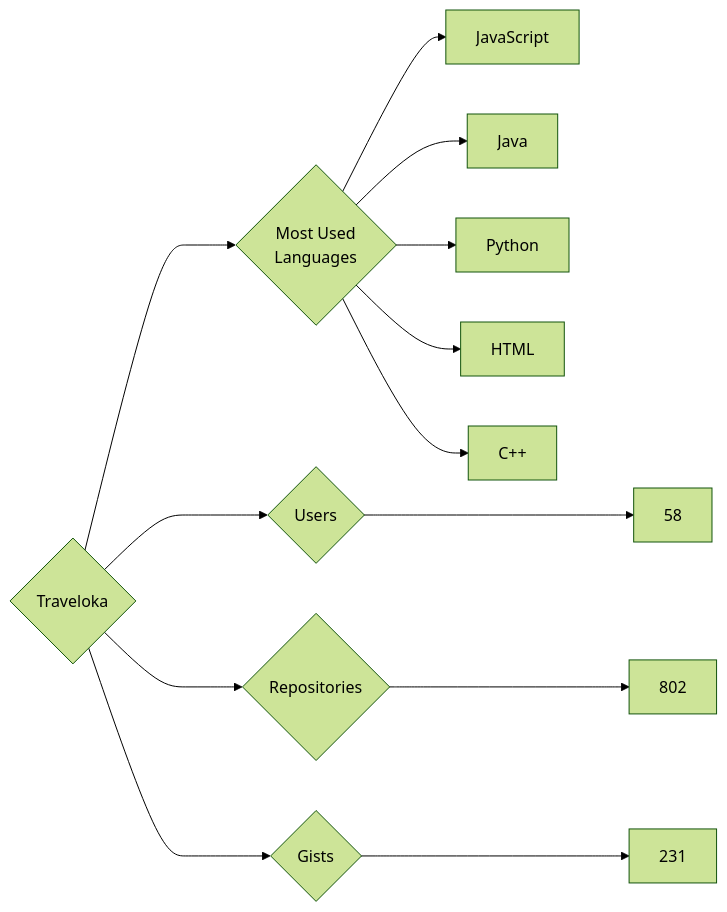
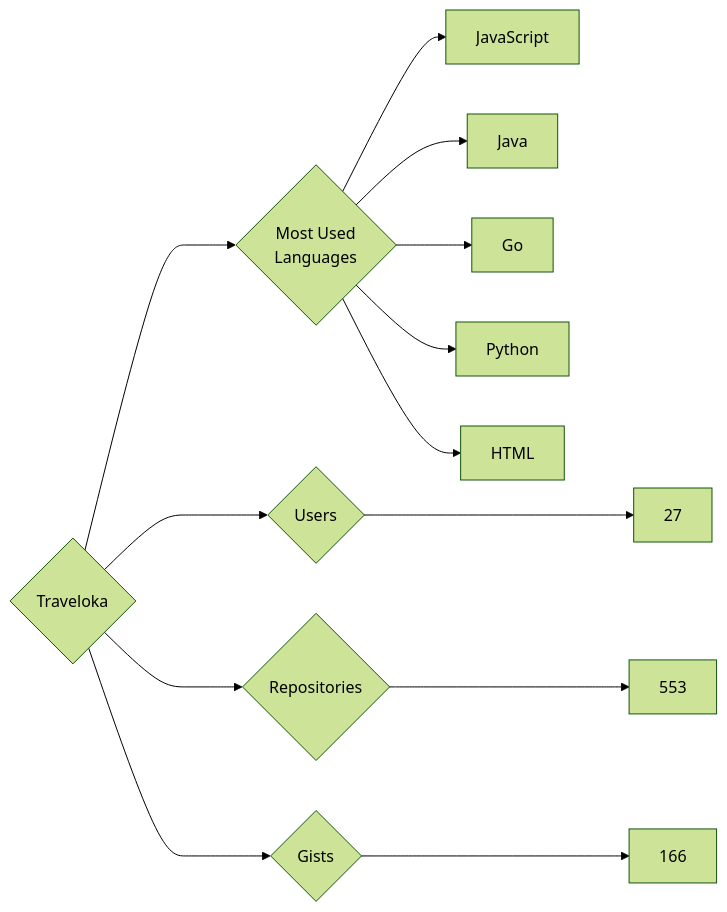
Before and after one commit to trickest/insiders: the diagram in targets/Traveloka/README.md, drawn with Mermaid (forest theme). The commit also changed 928 other files, not shown here.

````diff
--- a/targets/Traveloka/README.md
+++ b/targets/Traveloka/README.md
@@ -3,13 +3,13 @@
 ```mermaid
 graph LR
 COMPANY_NAME{Traveloka}
-COMPANY_NAME ---> U{Users} ---> UN[58]
-COMPANY_NAME ---> R{Repositories} ---> RN[802]
-COMPANY_NAME ---> G{Gists} ---> GN[231]
+COMPANY_NAME ---> U{Users} ---> UN[27]
+COMPANY_NAME ---> R{Repositories} ---> RN[553]
+COMPANY_NAME ---> G{Gists} ---> GN[166]
 COMPANY_NAME ---> ML{Most Used<br>Languages}
 ML --> JavaScript[JavaScript]
 ML --> Java[Java]
+ML --> Go[Go]
 ML --> Python[Python]
 ML --> HTML[HTML]
-ML --> C++[C++]
 ```
````
